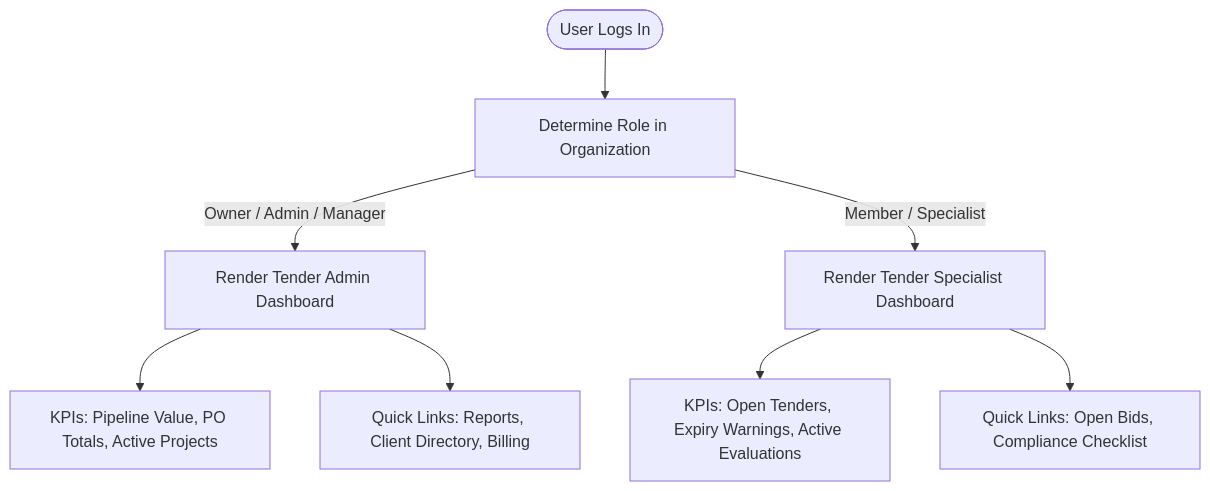
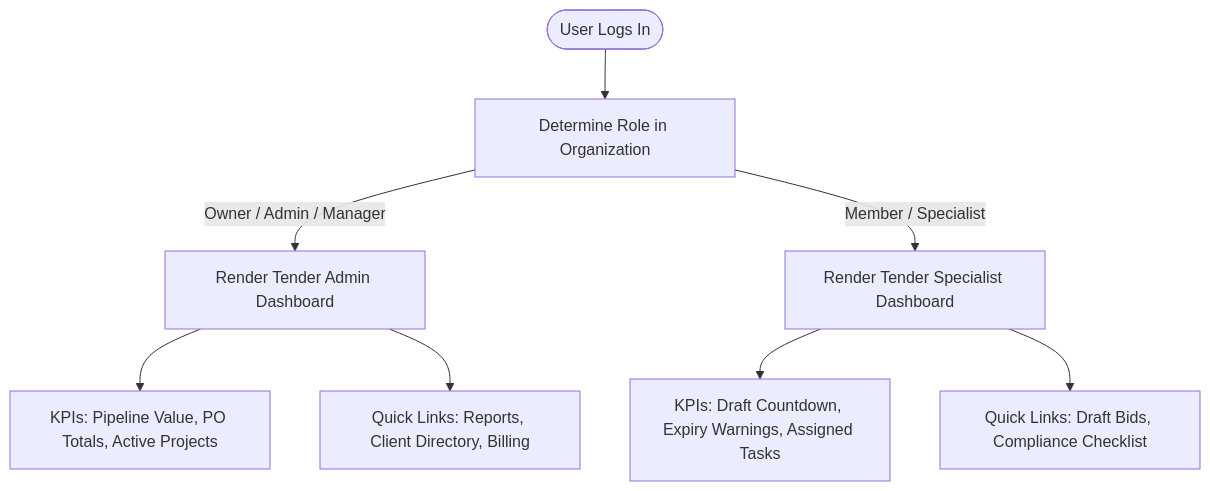
Before and after one commit to jchademwiri/pmg-tracker-360: the diagram in docs/dashboard/ui-ux-audit.md, drawn with Mermaid. The commit also changed other lines of this file and 4 other files, not shown here.

````diff
--- a/docs/dashboard/ui-ux-audit.md
+++ b/docs/dashboard/ui-ux-audit.md
@@ -77,12 +49,12 @@
 ```mermaid
 graph TD
     User([User Logs In]) --> GetRole[Determine Role in Organization]
     GetRole -->|Owner / Admin / Manager| ShowAdmin[Render Tender Admin Dashboard]
     GetRole -->|Member / Specialist| ShowSpecialist[Render Tender Specialist Dashboard]
     
     ShowAdmin --> AdminKPIs["KPIs: Pipeline Value, PO Totals, Active Projects"]
     ShowAdmin --> AdminLinks["Quick Links: Reports, Client Directory, Billing"]
     
-    ShowSpecialist --> SpecKPIs["KPIs: Open Tenders, Expiry Warnings, Active Evaluations"]
-    ShowSpecialist --> SpecLinks["Quick Links: Open Bids, Compliance Checklist"]
+    ShowSpecialist --> SpecKPIs["KPIs: Draft Countdown, Expiry Warnings, Assigned Tasks"]
+    ShowSpecialist --> SpecLinks["Quick Links: Draft Bids, Compliance Checklist"]
 ```
````
